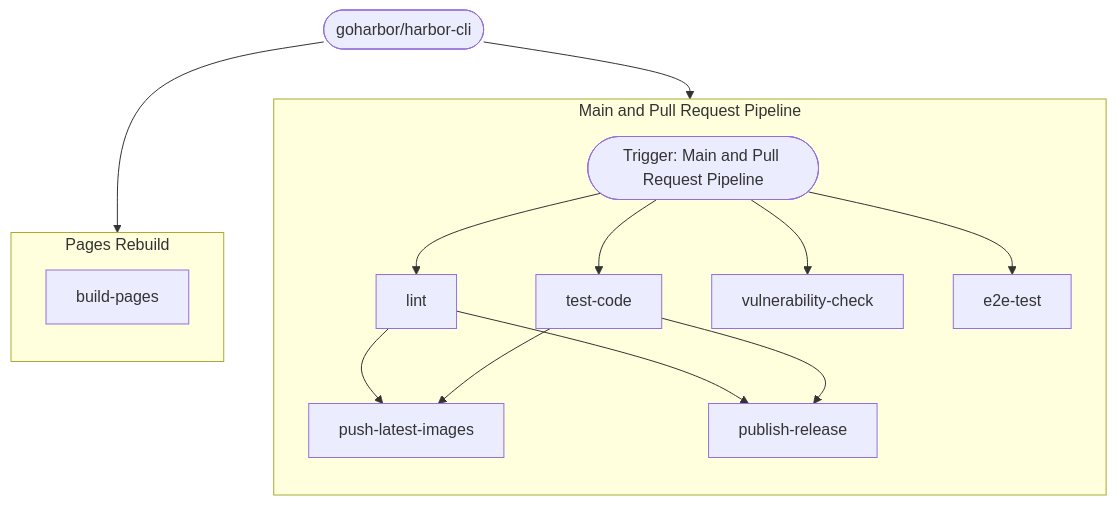
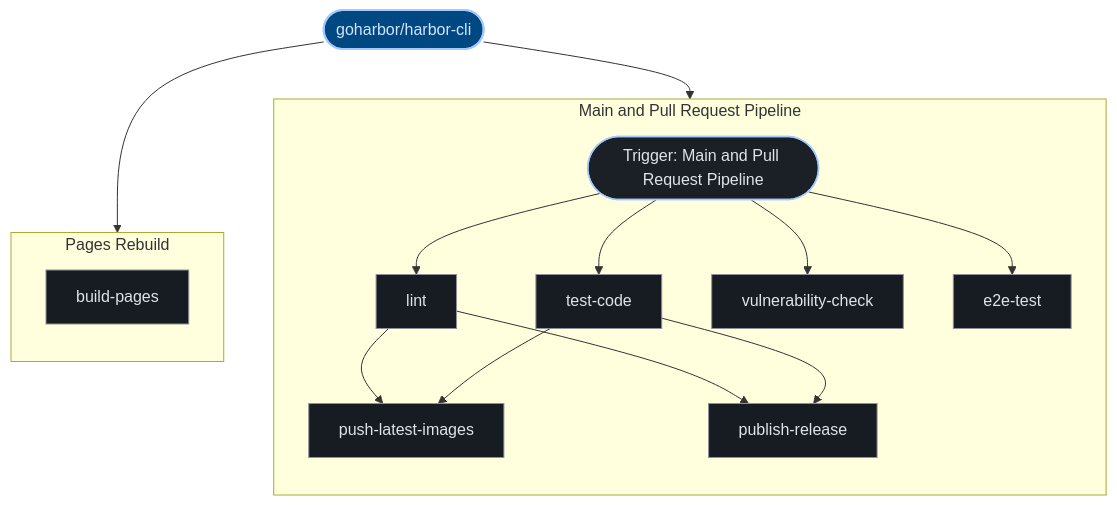
Before and after one commit to kumarshaz/atruss-code-atlas: the third of 3 diagrams in exports/latest/reports/goharbor-harbor-cli-report.md, drawn with Mermaid. The commit also changed other lines of this file and 331 other files, not shown here.

Commit message:
docs,ui,fix: update SDLC docs, reorder CI/CD DAG first, stylize Mermaid, and fix Arc42 pipeline topology

````diff
--- a/exports/latest/reports/goharbor-harbor-cli-report.md
+++ b/exports/latest/reports/goharbor-harbor-cli-report.md
@@ -219,28 +230,35 @@
 ```mermaid
 graph TD;
-  pipeline_root(["goharbor/harbor-cli"])
+  classDef atlasRoot fill:#004882,stroke:#a3c9ff,stroke-width:2px,color:#d3e4ff
+  classDef atlasCategory fill:#212428,stroke:#E87A48,stroke-width:1.5px,color:#dfe3eb
+  classDef atlasWorkflow fill:#1b2026,stroke:#a3c9ff,stroke-width:1.5px,color:#dfe3eb
+  classDef atlasJob fill:#171c22,stroke:#8d9199,stroke-width:1px,color:#dfe3eb
+  classDef atlasTarget fill:#005227,stroke:#8bd99b,stroke-width:1.5px,color:#a7f6b6
+  classDef atlasAlert fill:#93000a,stroke:#ffb4ab,stroke-width:1.5px,color:#ffdad6
+  classDef atlasMore fill:#252a31,stroke:#8d9199,stroke-dasharray:4 4,color:#c3c6cf
+  pipeline_root(["goharbor/harbor-cli"]):::atlasRoot
   subgraph Main_and_Pull_Request_Pipeline_0["Main and Pull Request Pipeline"]
     direction TB
-    0_lint["lint"]
-    0_vulnerability_check["vulnerability-check"]
-    0_test_code["test-code"]
-    0_e2e_test["e2e-test"]
-    0_push_latest_images["push-latest-images"]
+    0_lint["lint"]:::atlasJob
+    0_vulnerability_check["vulnerability-check"]:::atlasJob
+    0_test_code["test-code"]:::atlasJob
+    0_e2e_test["e2e-test"]:::atlasJob
+    0_push_latest_images["push-latest-images"]:::atlasJob
     0_lint --> 0_push_latest_images
     0_test_code --> 0_push_latest_images
-    0_publish_release["publish-release"]
+    0_publish_release["publish-release"]:::atlasJob
     0_lint --> 0_publish_release
     0_test_code --> 0_publish_release
-    wf_entry_0(["Trigger: Main and Pull Request Pipeline"])
+    wf_entry_0(["Trigger: Main and Pull Request Pipeline"]):::atlasWorkflow
     wf_entry_0 --> 0_lint
     wf_entry_0 --> 0_vulnerability_check
     wf_entry_0 --> 0_test_code
     wf_entry_0 --> 0_e2e_test
   end
   pipeline_root --> wf_entry_0
   subgraph Pages_Rebuild_1["Pages Rebuild"]
     direction TB
-    1_build_pages["build-pages"]
+    1_build_pages["build-pages"]:::atlasJob
   end
   pipeline_root --> 1_build_pages
 ```
````
